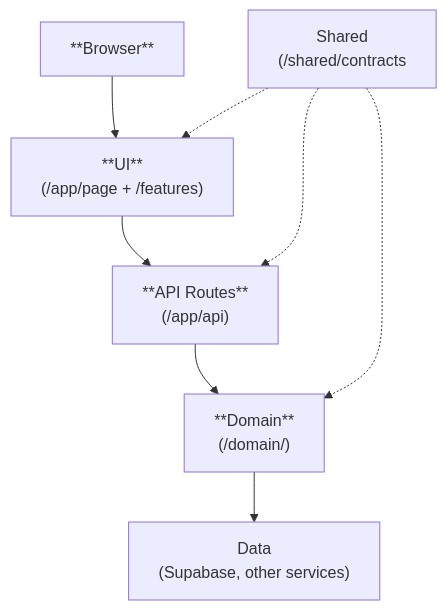
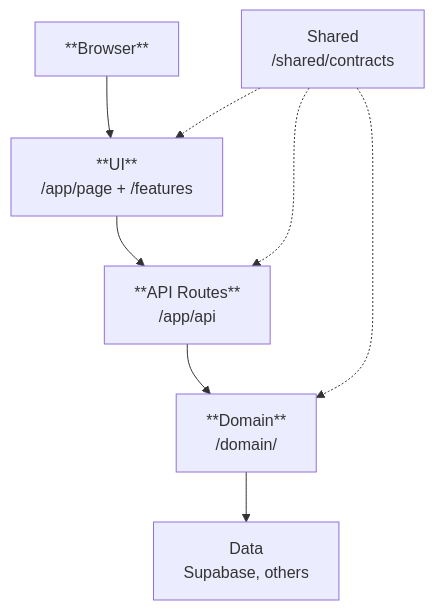
Before and after one commit to steak2002/case-site: the diagram in README.md, drawn with Mermaid.

````diff
--- a/README.md
+++ b/README.md
@@ -78,22 +78,22 @@
 ```mermaid
 graph TB
     %% Main components
     Browser[**Browser**]
-    UI["**UI**<br/>(/app/page + /features)"]
-    API["**API Routes**<br/>(/app/api)"]
-    Domain["**Domain**<br/>(/domain/)"]
-    Data["Data<br/>(Supabase, other services)"]
-    Shared["Shared<br/>(/shared/contracts"]
+    UI["**UI**<br/>/app/page + /features"]
+    API["**API Routes**<br/>/app/api"]
+    Domain["**Domain**<br/>/domain/"]
+    Data["Data<br/>Supabase, others"]
+    Shared["Shared<br/>/shared/contracts"]
     
     %% Direct connections with proper alignment
     Browser --> UI
     UI --> API
     API --> Domain
     Domain --> Data
     
     %% Type safety connections
     Shared -.-> UI
     Shared -.-> API
     Shared -.-> Domain
     
 ```
````
